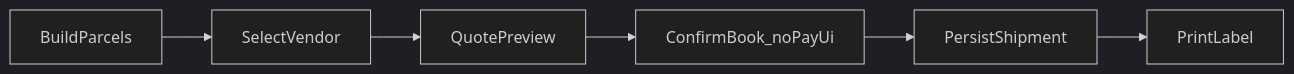
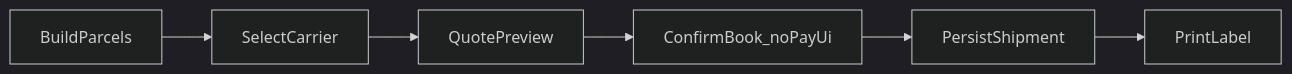
The second of 4 diagrams in docs/delivery/unified-dispatch-pipeline-design.md (lancety/xituan_agent), drawn with Mermaid (dark theme) before and after one commit. The commit also changed other lines of this file and 4 other files, not shown here.

````diff
--- a/docs/delivery/unified-dispatch-pipeline-design.md
+++ b/docs/delivery/unified-dispatch-pipeline-design.md
@@ -179,10 +211,10 @@
 ```mermaid
 flowchart LR
   buildParcels[BuildParcels]
-  selectVendor[SelectVendor]
+  selectVendor[SelectCarrier]
   quotePreview[QuotePreview]
   confirmBook[ConfirmBook_noPayUi]
   persistShipment[PersistShipment]
   printLabel[PrintLabel]
   buildParcels --> selectVendor --> quotePreview --> confirmBook --> persistShipment --> printLabel
 ```
````
